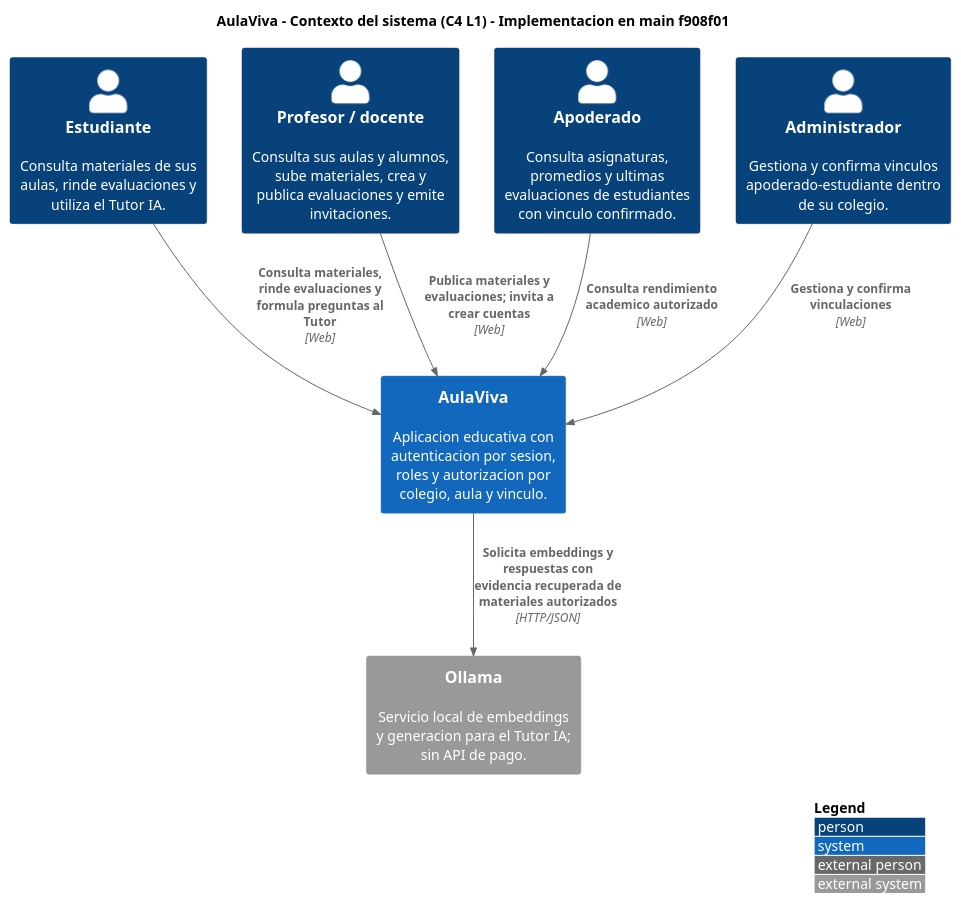
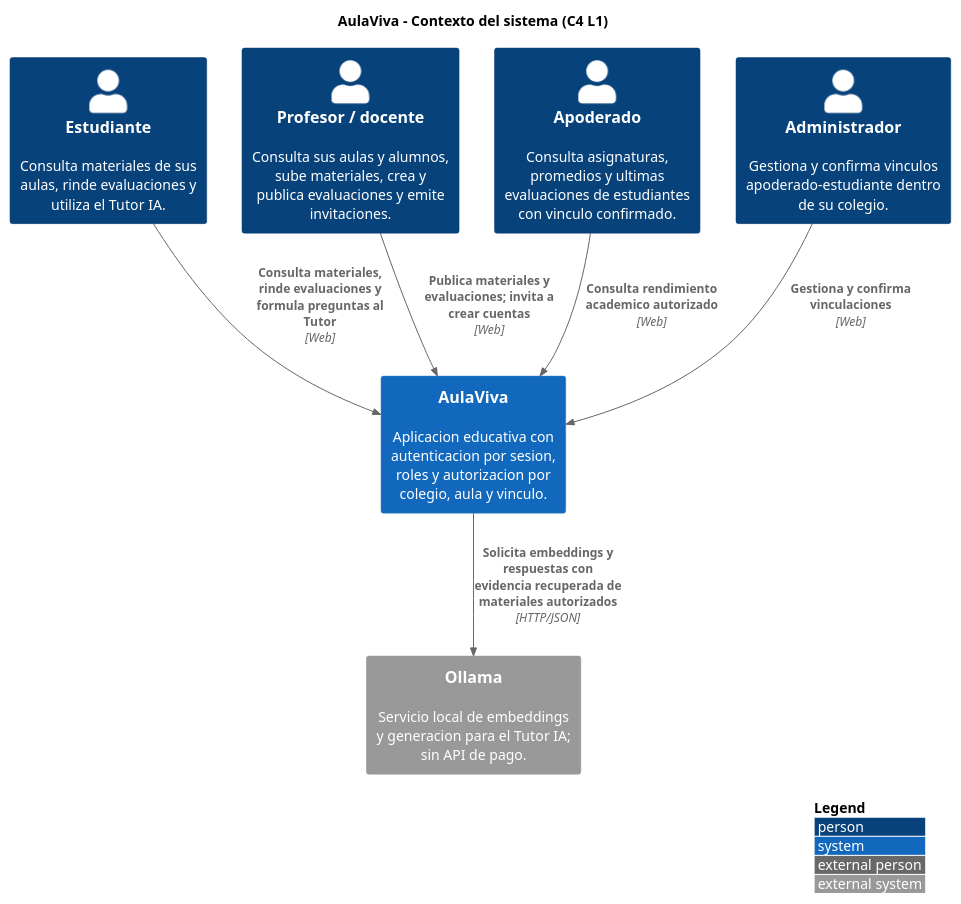
Before and after one commit to KulkatPOP/Equipo-AulaViva-: the diagram in docs/c4/l1-context.puml, drawn with PlantUML. The commit also changed 124 other files, not shown here.

```diff
--- a/docs/c4/l1-context.puml
+++ b/docs/c4/l1-context.puml
@@ -1,22 +1,22 @@
-@startuml C4_Nivel1_Contexto
-!include https://raw.githubusercontent.com/plantuml-stdlib/C4-PlantUML/master/C4_Context.puml
+@startuml
+!include <C4/C4_Context>
 
 LAYOUT_WITH_LEGEND()
 
-title AulaViva - Contexto del sistema (C4 L1) - Implementacion en main f908f01
+title AulaViva - Contexto del sistema (C4 L1)
 
 Person(estudiante, "Estudiante", "Consulta materiales de sus aulas, rinde evaluaciones y utiliza el Tutor IA.")
 Person(docente, "Profesor / docente", "Consulta sus aulas y alumnos, sube materiales, crea y publica evaluaciones y emite invitaciones.")
 Person(apoderado, "Apoderado", "Consulta asignaturas, promedios y ultimas evaluaciones de estudiantes con vinculo confirmado.")
 Person(admin, "Administrador", "Gestiona y confirma vinculos apoderado-estudiante dentro de su colegio.")
 
 System(aulaviva, "AulaViva", "Aplicacion educativa con autenticacion por sesion, roles y autorizacion por colegio, aula y vinculo.")
 System_Ext(ollama, "Ollama", "Servicio local de embeddings y generacion para el Tutor IA; sin API de pago.")
 
 Rel(estudiante, aulaviva, "Consulta materiales, rinde evaluaciones y formula preguntas al Tutor", "Web")
 Rel(docente, aulaviva, "Publica materiales y evaluaciones; invita a crear cuentas", "Web")
 Rel(apoderado, aulaviva, "Consulta rendimiento academico autorizado", "Web")
 Rel(admin, aulaviva, "Gestiona y confirma vinculaciones", "Web")
 Rel(aulaviva, ollama, "Solicita embeddings y respuestas con evidencia recuperada de materiales autorizados", "HTTP/JSON")
 
 @enduml
```
